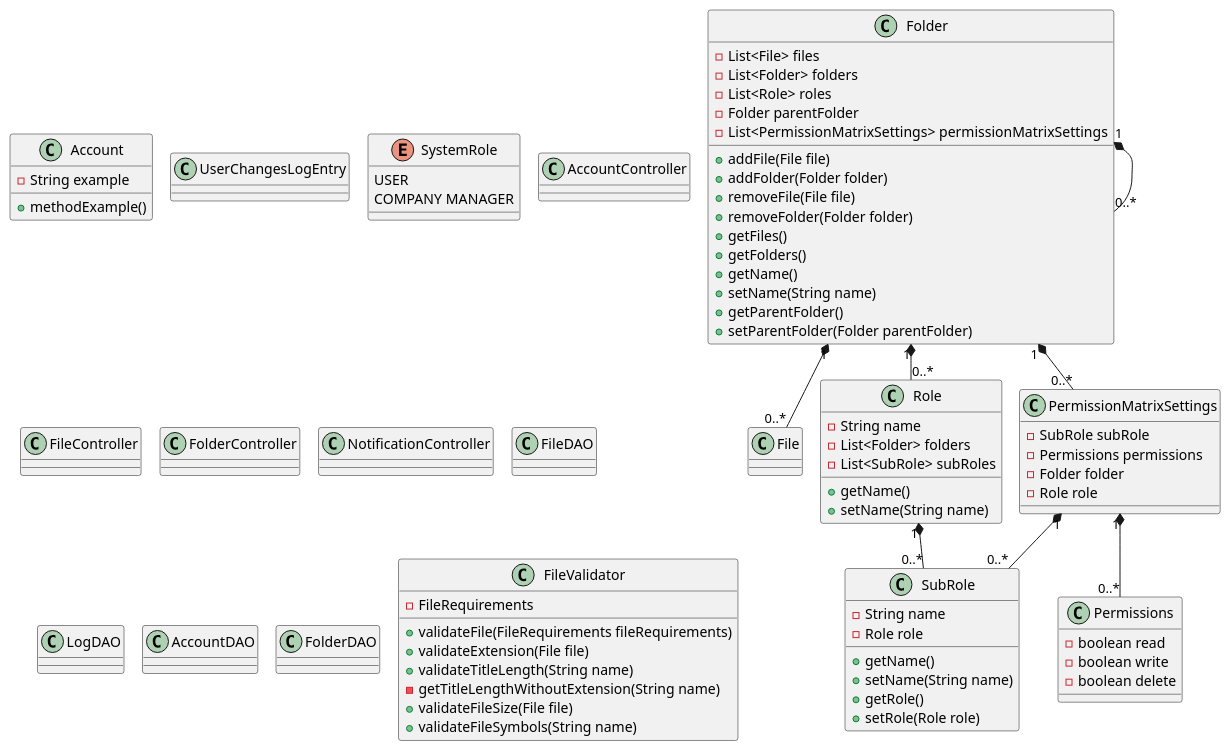
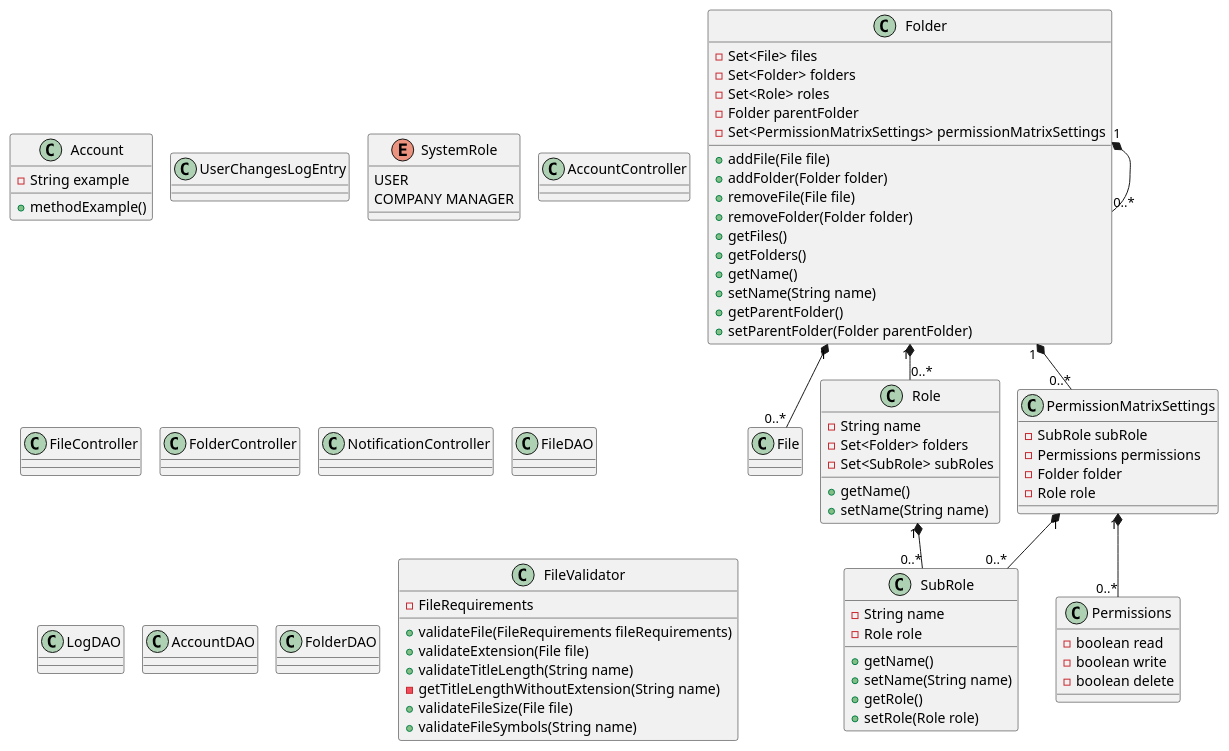
One commit to badranyoussef/businest changed the diagram in backend/documentation/classDiagram.puml. Above: the diagram before and after it, drawn with PlantUML. The commit also changed 3 other files, not shown here.

```diff
--- a/backend/documentation/classDiagram.puml
+++ b/backend/documentation/classDiagram.puml
@@ -1,104 +1,104 @@
 @startuml
 'https://plantuml.com/class-diagram
 
 '----- Entities -----
 class Account
 class File
 class Role {
     - String name
-    - List<Folder> folders
-    - List<SubRole> subRoles
+    - Set<Folder> folders
+    - Set<SubRole> subRoles
     + getName()
     + setName(String name)
 }
 class SubRole {
     - String name
     - Role role
     + getName()
     + setName(String name)
     + getRole()
     + setRole(Role role)
 }
 class PermissionMatrixSettings {
     - SubRole subRole
     - Permissions permissions
     - Folder folder
     - Role role
     }
 class Permissions {
     - boolean read
     - boolean write
     - boolean delete
 }
 
 class Folder {
-    - List<File> files
-    - List<Folder> folders
-    - List<Role> roles
+    - Set<File> files
+    - Set<Folder> folders
+    - Set<Role> roles
     - Folder parentFolder
-    - List<PermissionMatrixSettings> permissionMatrixSettings
+    - Set<PermissionMatrixSettings> permissionMatrixSettings
     + addFile(File file)
     + addFolder(Folder folder)
     + removeFile(File file)
     + removeFolder(Folder folder)
     + getFiles()
     + getFolders()
     + getName()
     + setName(String name)
     + getParentFolder()
     + setParentFolder(Folder parentFolder)
 }
 class UserChangesLogEntry
 enum SystemRole {
     USER
     COMPANY MANAGER
 }
 
 '----- Controllers -----
 class AccountController
 class FileController
 class FolderController
 class NotificationController
 
 '----- DAOs -----
 class FileDAO
 class LogDAO
 class AccountDAO
 class FolderDAO
 
 class FileValidator {
     - FileRequirements
     + validateFile(FileRequirements fileRequirements)
     + validateExtension(File file)
     + validateTitleLength(String name)
     - getTitleLengthWithoutExtension(String name)
     + validateFileSize(File file)
     + validateFileSymbols(String name)
 
 }
 
 
 'List <|-- AbstractList
 'Collection <|-- AbstractCollection
 
 'Collection <|- List
 'AbstractCollection <|- AbstractList
 'AbstractList <|-- ArrayList
 
 class Account {
     - String example
     + methodExample()
 }
 
 '----- Relations -----
 Folder "1" *-- "0..*" File
 Folder "1" *-- "0..*" Folder
 Folder "1" *-- "0..*" Role
 Folder "1" *-- "0..*" PermissionMatrixSettings
 Role "1" *-- "0..*" SubRole
 PermissionMatrixSettings "1" *-- "0..*" Permissions
 PermissionMatrixSettings "1" *-- "0..*" SubRole
 
 
 !pragma layout smetana
 @enduml
```
